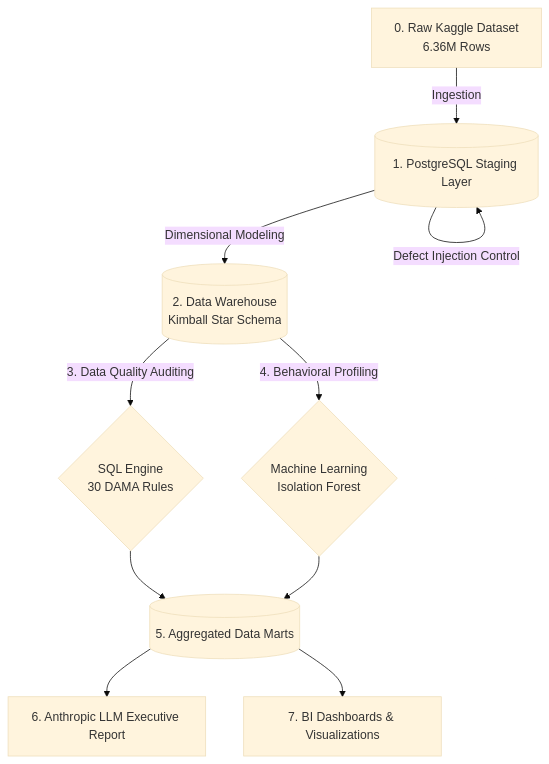
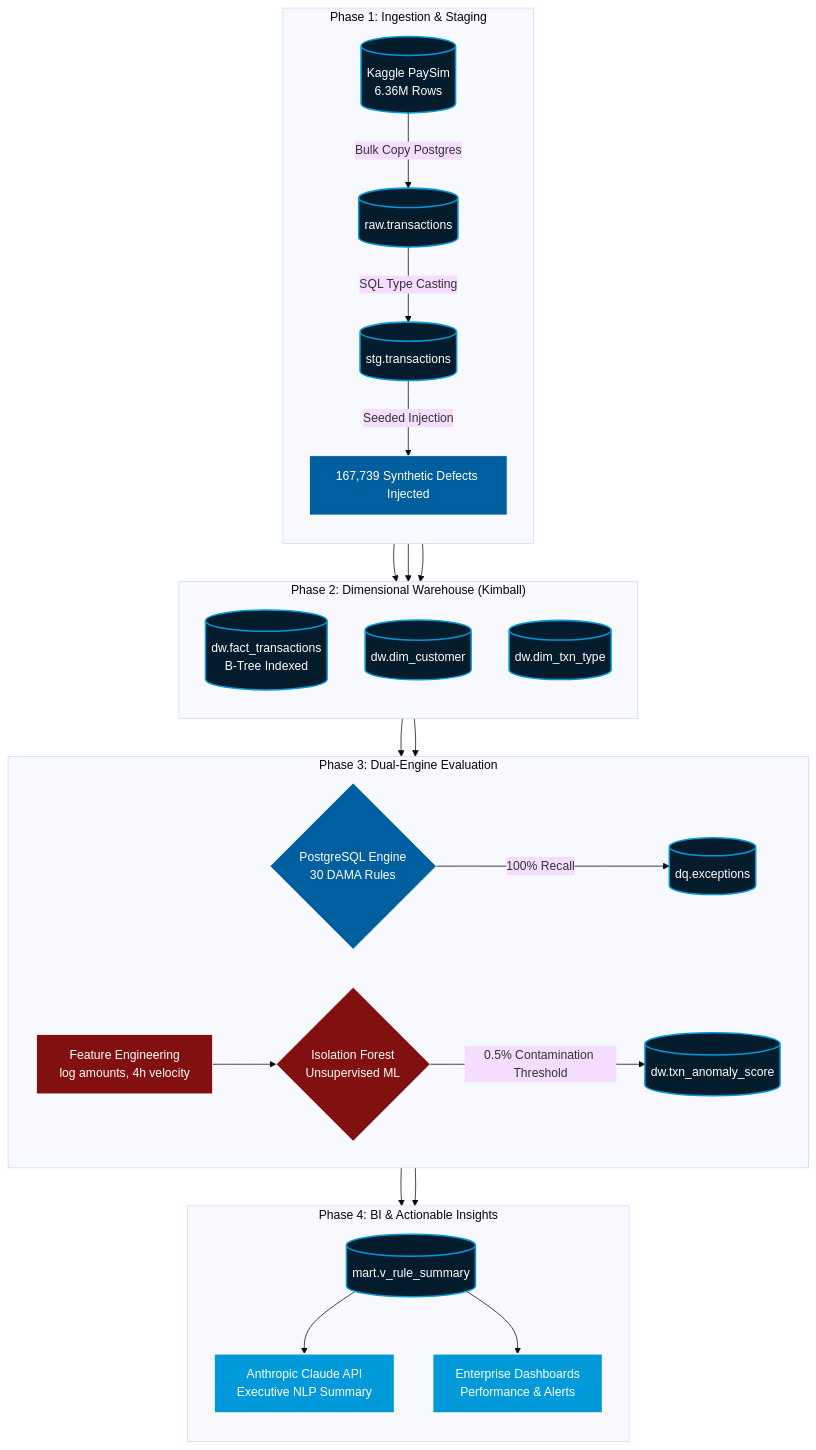
The diagram in README.md (aryanimbalkar03-lab/Bank-anamoly-detection), drawn with Mermaid (base theme) before and after one commit. The commit also changed other lines of this file and 1 other file, not shown here.

Commit message:
docs: add hyper-detailed architecture flowchart and fix deployment instructions

````diff
--- a/README.md
+++ b/README.md
@@ -21,15 +21,43 @@
 ```mermaid
 flowchart TD
-    A[0. Raw Kaggle Dataset<br>6.36M Rows] -->|Ingestion| B[(1. PostgreSQL Staging Layer)]
-    B -->|Defect Injection Control| B
-    B -->|Dimensional Modeling| C[(2. Data Warehouse<br>Kimball Star Schema)]
+    %% Define Styling
+    classDef db fill:#051c2c,stroke:#009ada,stroke-width:2px,color:#fff;
+    classDef process fill:#005f9e,stroke:#fff,stroke-width:1px,color:#fff;
+    classDef ml fill:#831010,stroke:#fff,stroke-width:1px,color:#fff;
+    classDef report fill:#009ada,stroke:#fff,stroke-width:2px,color:#fff;
     
-    C -->|3. Data Quality Auditing| D{SQL Engine<br>30 DAMA Rules}
-    C -->|4. Behavioral Profiling| E{Machine Learning<br>Isolation Forest}
+    %% External Data
+    Kaggle[(Kaggle PaySim<br>6.36M Rows)]:::db
     
-    D --> F[(5. Aggregated Data Marts)]
-    E --> F
+    subgraph Ingestion["Phase 1: Ingestion & Staging"]
+        direction TB
+        Kaggle -->|Bulk Copy Postgres| Raw[(raw.transactions)]:::db
+        Raw -->|SQL Type Casting| Stg[(stg.transactions)]:::db
+        Stg -->|Seeded Injection| Control[167,739 Synthetic Defects Injected]:::process
+    end
     
-    F --> G[6. Anthropic LLM Executive Report]
-    F --> H[7. BI Dashboards & Visualizations]
+    subgraph DW["Phase 2: Dimensional Warehouse (Kimball)"]
+        direction TB
+        Control --> Fact[(dw.fact_transactions<br>B-Tree Indexed)]:::db
+        Control --> Dim1[(dw.dim_customer)]:::db
+        Control --> Dim2[(dw.dim_txn_type)]:::db
+    end
+    
+    subgraph Auditing["Phase 3: Dual-Engine Evaluation"]
+        direction LR
+        Fact --> DQ{PostgreSQL Engine<br>30 DAMA Rules}:::process
+        DQ -->|100% Recall| DQExceptions[(dq.exceptions)]:::db
+        
+        Fact --> Feat[Feature Engineering<br>log amounts, 4h velocity]:::ml
+        Feat --> ML{Isolation Forest<br>Unsupervised ML}:::ml
+        ML -->|0.5% Contamination Threshold| MLAnomalies[(dw.txn_anomaly_score)]:::db
+    end
+    
+    subgraph BI["Phase 4: BI & Actionable Insights"]
+        direction TB
+        DQExceptions --> Marts[(mart.v_rule_summary)]:::db
+        MLAnomalies --> Marts
+        Marts --> LLM[Anthropic Claude API<br>Executive NLP Summary]:::report
+        Marts --> Viz[Enterprise Dashboards<br>Performance & Alerts]:::report
+    end
 ```
````
